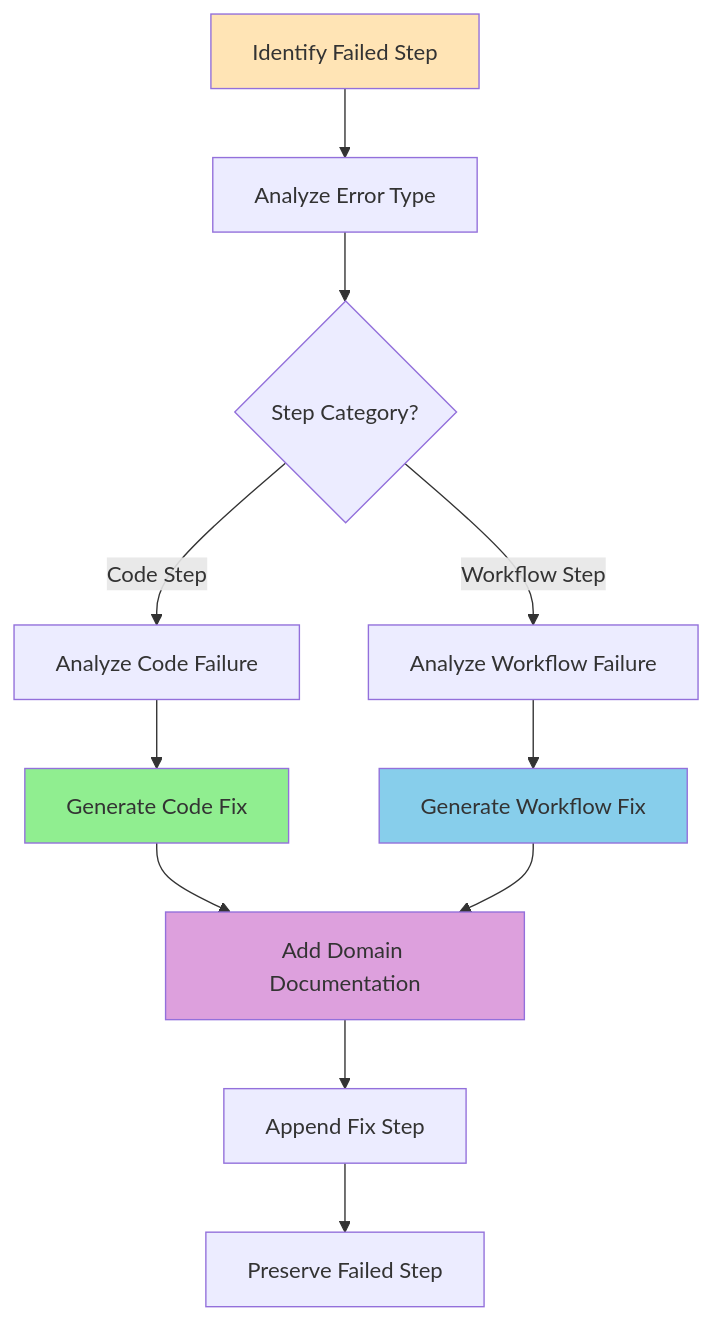
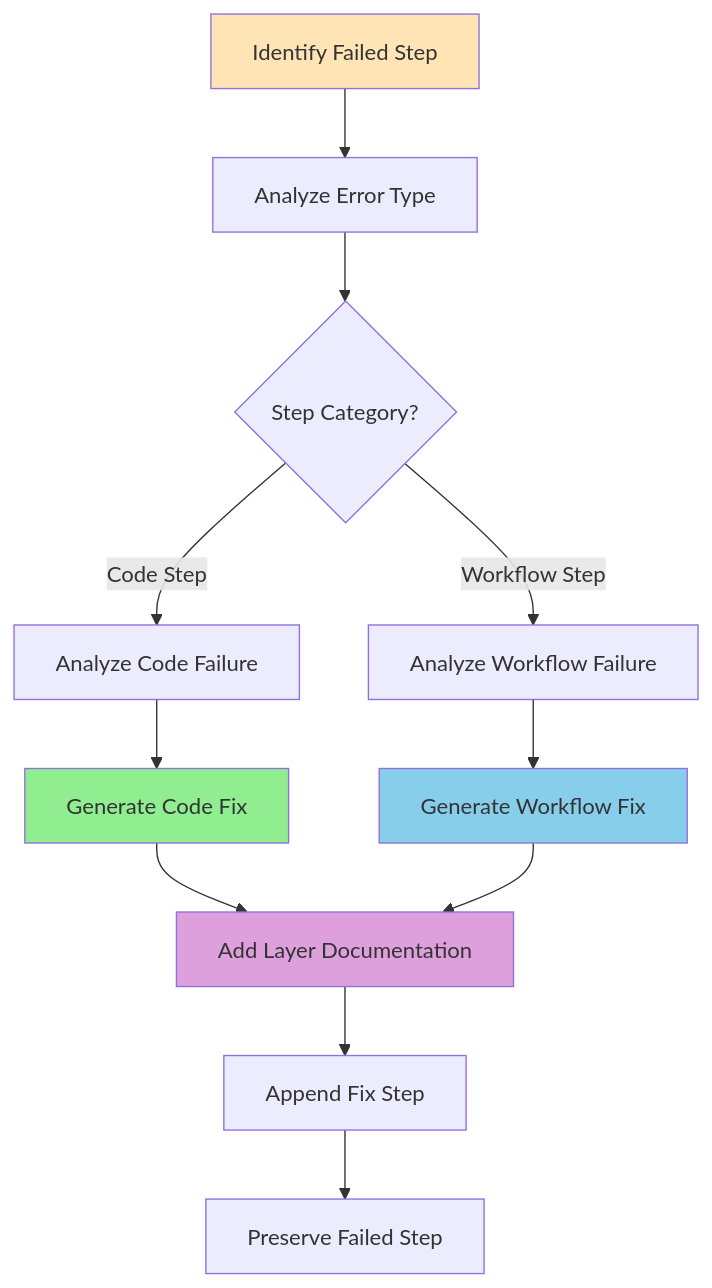
The diagram in .claude/commands/07-fix-layer-errors.md (thiagobutignon/spec-kit-clean-archicteture), drawn with Mermaid before and after one commit. The commit also changed other lines of this file and 8 other files, not shown here.

````diff
--- a/.claude/commands/07-fix-layer-errors.md
+++ b/.claude/commands/07-fix-layer-errors.md
@@ -84,17 +84,17 @@
 ```mermaid
 graph TD
     A[Identify Failed Step] --> B[Analyze Error Type]
     B --> C{Step Category?}
     C -->|Code Step| D[Analyze Code Failure]
     C -->|Workflow Step| E[Analyze Workflow Failure]
     D --> F[Generate Code Fix]
     E --> G[Generate Workflow Fix]
-    F --> H[Add Domain Documentation]
+    F --> H[Add Layer Documentation]
     G --> H
     H --> I[Append Fix Step]
     I --> J[Preserve Failed Step]
     style A fill:#FFE4B5
     style F fill:#90EE90
     style G fill:#87CEEB
     style H fill:#DDA0DD
 ```
````
